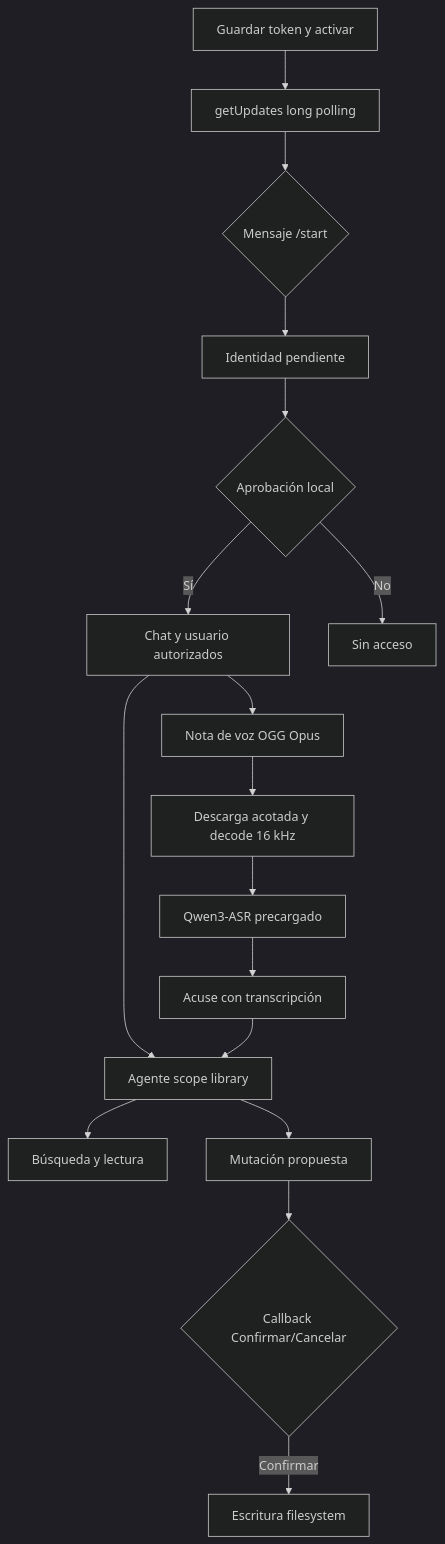
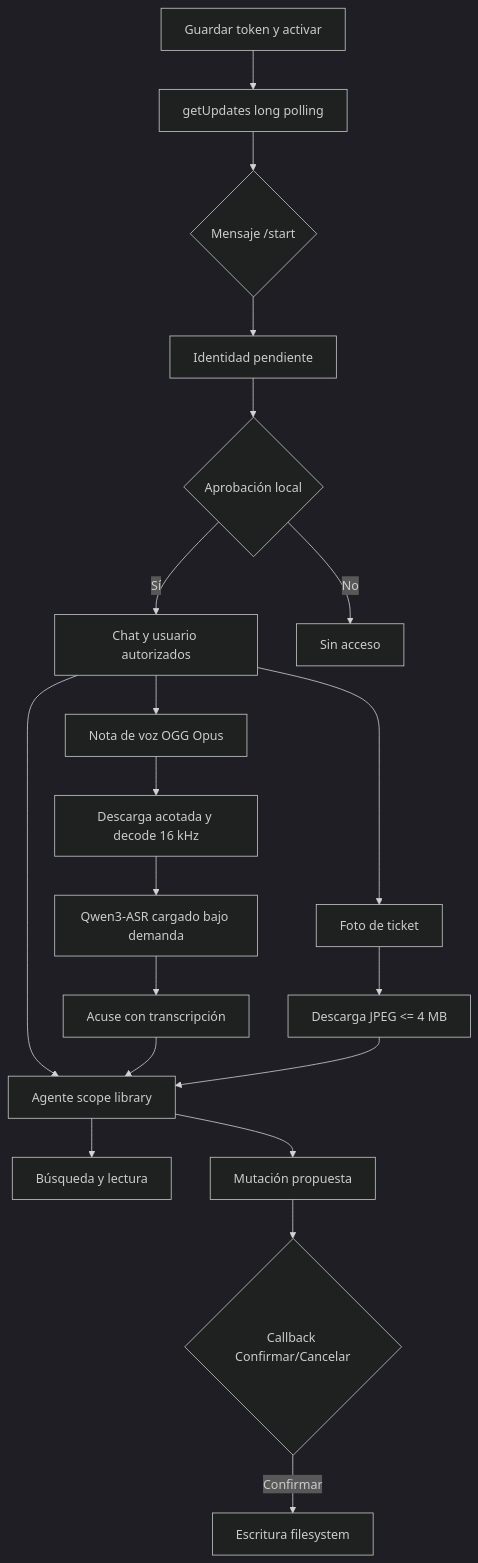
Before and after one commit to GabrielMiuzzi/notia: diagram 53 of 55 in README-TECH.md, drawn with Mermaid (dark theme). The commit also changed other lines of this file and 69 other files, not shown here.

````diff
--- a/README-TECH.md
+++ b/README-TECH.md
@@ -3268,19 +3375,22 @@
 ```mermaid
 flowchart TD
     Token[Guardar token y activar] --> Poll[getUpdates long polling]
     Poll --> Start{Mensaje /start}
     Start --> Pending[Identidad pendiente]
     Pending --> Approve{Aprobación local}
     Approve -->|Sí| Paired[Chat y usuario autorizados]
     Approve -->|No| Denied[Sin acceso]
     Paired --> Agent[Agente scope library]
     Paired --> Voice[Nota de voz OGG Opus]
+    Paired --> Photo[Foto de ticket]
     Voice --> Decode[Descarga acotada y decode 16 kHz]
-    Decode --> ASR[Qwen3-ASR precargado]
+    Decode --> ASR[Qwen3-ASR cargado bajo demanda]
     ASR --> Ack[Acuse con transcripción]
     Ack --> Agent
+    Photo --> Vision[Descarga JPEG <= 4 MB]
+    Vision --> Agent
     Agent --> Read[Búsqueda y lectura]
     Agent --> Mutation[Mutación propuesta]
     Mutation --> Confirm{Callback Confirmar/Cancelar}
     Confirm -->|Confirmar| Write[Escritura filesystem]
 ```
````
